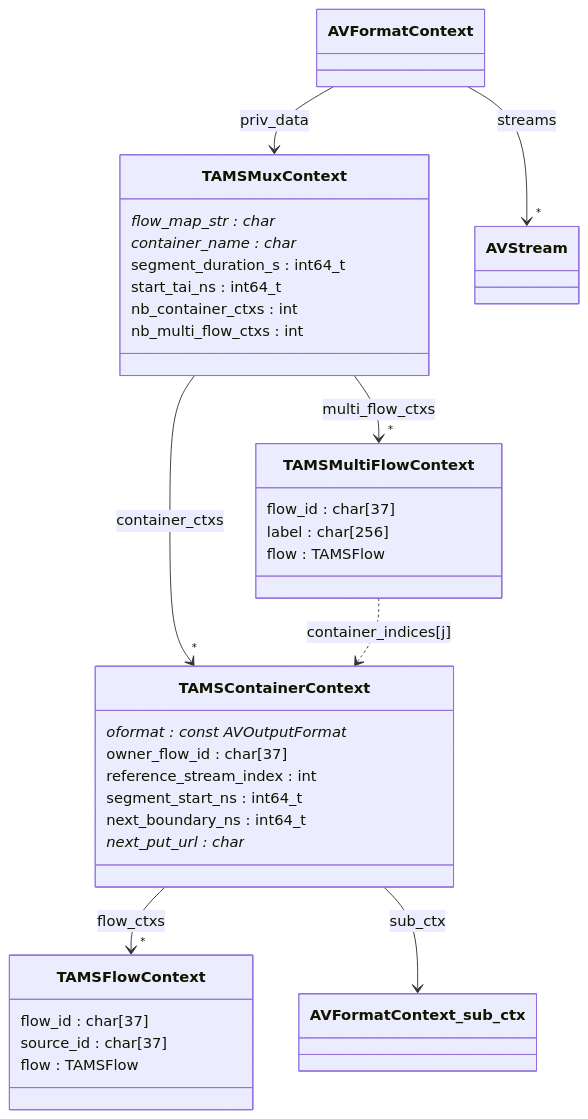
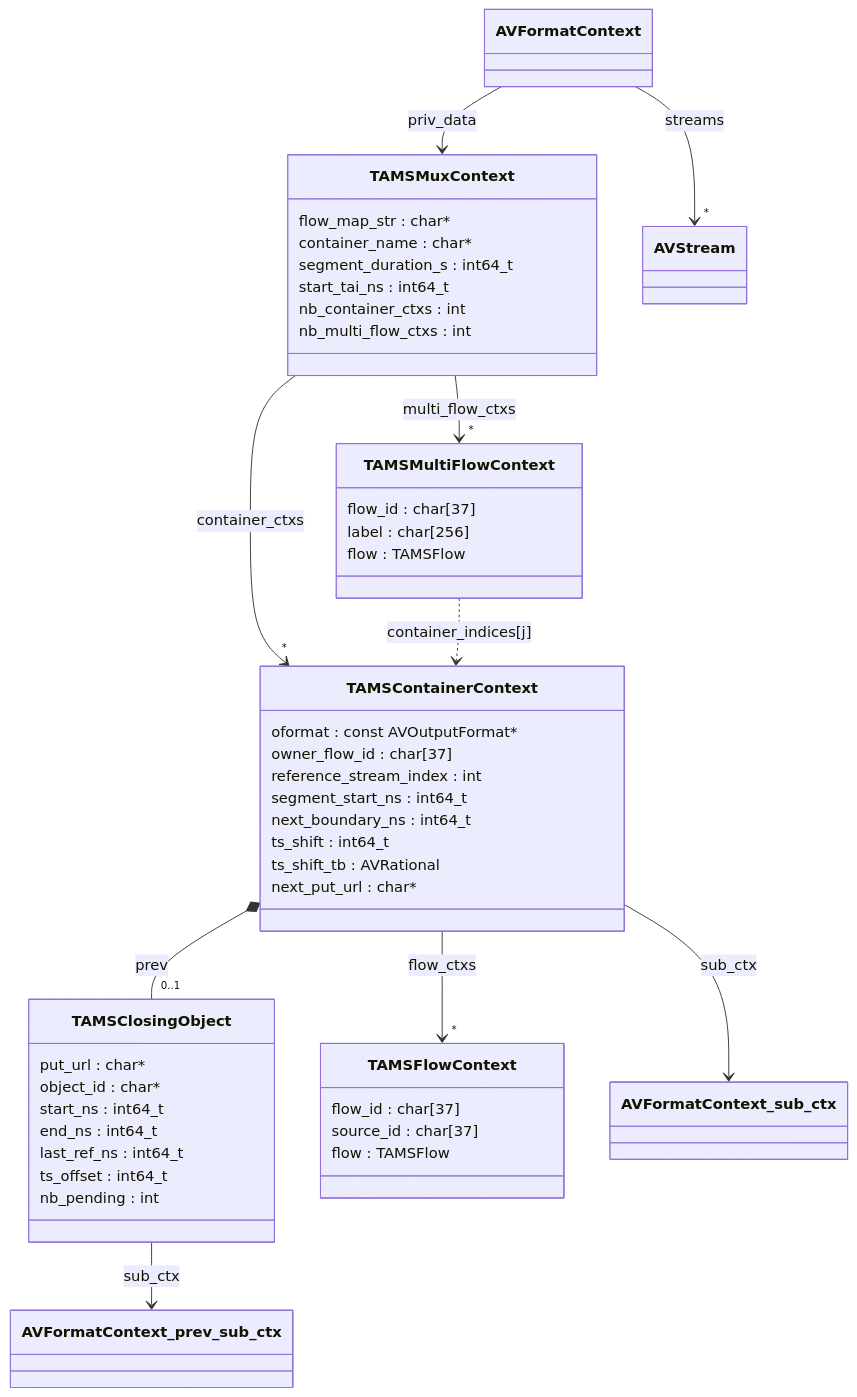
Before and after one commit to hootworks/website: the third of 5 diagrams in content/news/tams-implementation-in-ffmpeg/index.md, drawn with Mermaid. The commit also changed other lines of this file and 1 other file, not shown here.

Commit message:
TAMS post: appnote 0002 timing, packet routing, Flow metadata, MP4 edit lists; regenerated FATE samples

````diff
--- a/content/news/tams-implementation-in-ffmpeg/index.md
+++ b/content/news/tams-implementation-in-ffmpeg/index.md
@@ -364,46 +366,61 @@
 ```mermaid
 classDiagram
     direction TB
 
     class TAMSMuxContext {
-        flow_map_str : char*
-        container_name : char*
+        flow_map_str : char#42;
+        container_name : char#42;
         segment_duration_s : int64_t
         start_tai_ns : int64_t
         nb_container_ctxs : int
         nb_multi_flow_ctxs : int
     }
 
     class TAMSContainerContext {
-        oformat : const AVOutputFormat*
+        oformat : const AVOutputFormat#42;
         owner_flow_id : char[37]
         reference_stream_index : int
         segment_start_ns : int64_t
         next_boundary_ns : int64_t
-        next_put_url : char*
+        ts_shift : int64_t
+        ts_shift_tb : AVRational
+        next_put_url : char#42;
+    }
+
+    class TAMSClosingObject {
+        put_url : char#42;
+        object_id : char#42;
+        start_ns : int64_t
+        end_ns : int64_t
+        last_ref_ns : int64_t
+        ts_offset : int64_t
+        nb_pending : int
     }
 
     class TAMSFlowContext {
         flow_id : char[37]
         source_id : char[37]
         flow : TAMSFlow
     }
 
     class TAMSMultiFlowContext {
         flow_id : char[37]
         label : char[256]
         flow : TAMSFlow
     }
 
     class AVFormatContext
     class AVStream
     class AVFormatContext_sub_ctx
+    class AVFormatContext_prev_sub_ctx
 
     AVFormatContext --> TAMSMuxContext : priv_data
     AVFormatContext --> "*" AVStream : streams
     TAMSMuxContext --> "*" TAMSContainerContext : container_ctxs
     TAMSMuxContext --> "*" TAMSMultiFlowContext : multi_flow_ctxs
     TAMSContainerContext --> "*" TAMSFlowContext : flow_ctxs
     TAMSContainerContext --> AVFormatContext_sub_ctx : sub_ctx
+    TAMSContainerContext *-- "0..1" TAMSClosingObject : prev
+    TAMSClosingObject --> AVFormatContext_prev_sub_ctx : sub_ctx
     TAMSMultiFlowContext ..> TAMSContainerContext : container_indices[j]
 ```
````
